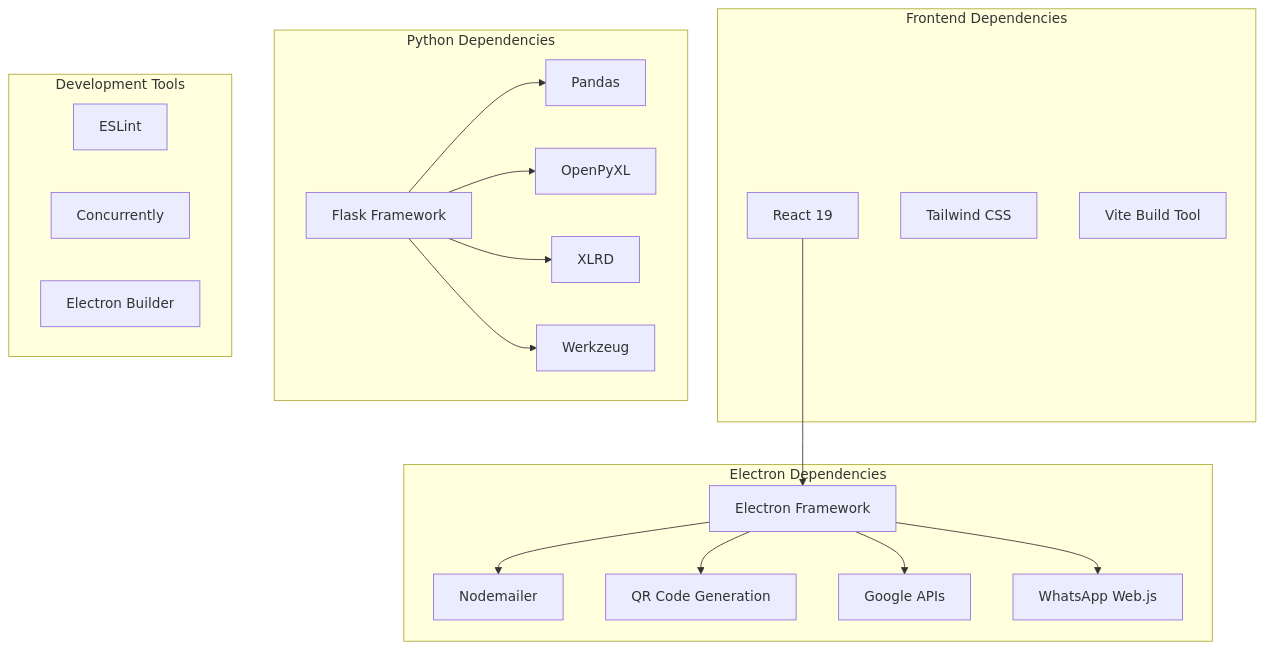
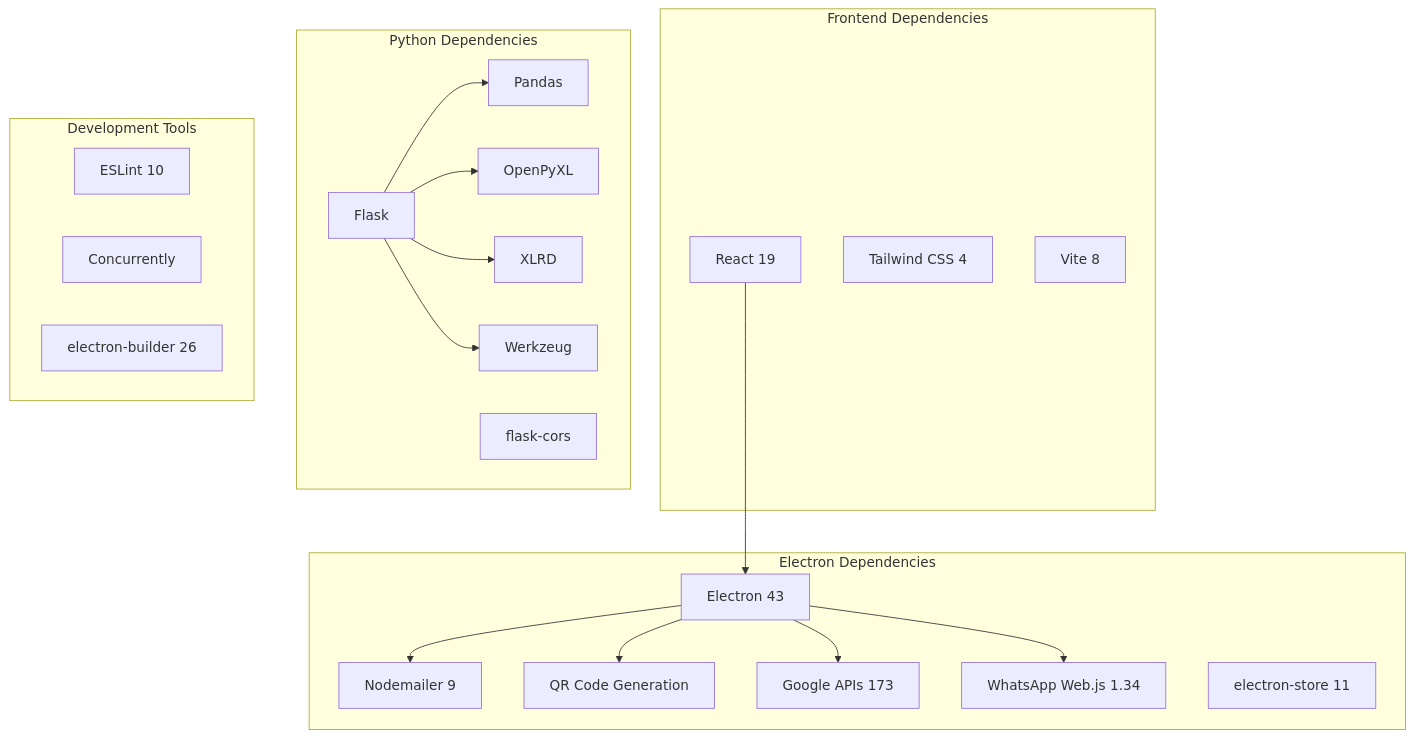
One commit to tashifkhan/tashif.codes changed the seventh of 7 diagrams in src/data/docs/bulk-messaging-system/Project Overview.md. Above: the diagram before and after it, drawn with Mermaid. The commit also changed other lines of this file and 2128 other files, not shown here.

First line of the commit message:
docs: replace raster diagram images with native Mermaid across project guides

````diff
--- a/src/data/docs/bulk-messaging-system/Project Overview.md
+++ b/src/data/docs/bulk-messaging-system/Project Overview.md
@@ -229,36 +236,38 @@
 ```mermaid
 graph TB
 subgraph "Frontend Dependencies"
 React[React 19]
-TailwindCSS[Tailwind CSS]
-Vite[Vite Build Tool]
+TailwindCSS[Tailwind CSS 4]
+Vite[Vite 8]
 end
 subgraph "Electron Dependencies"
-Electron[Electron Framework]
-Nodemailer[Nodemailer]
+Electron[Electron 43]
+Nodemailer[Nodemailer 9]
 QRCode[QR Code Generation]
-GoogleAPIs[Google APIs]
-WWebJS[WhatsApp Web.js]
+GoogleAPIs[Google APIs 173]
+WWebJS[WhatsApp Web.js 1.34]
+Store[electron-store 11]
 end
 subgraph "Python Dependencies"
-Flask[Flask Framework]
+Flask[Flask]
+FlaskCors[flask-cors]
 Pandas[Pandas]
 OpenPyXL[OpenPyXL]
 XLRD[XLRD]
 Werkzeug[Werkzeug]
 end
 subgraph "Development Tools"
-ESLint[ESLint]
+ESLint[ESLint 10]
 Concurrently[Concurrently]
-Builder[Electron Builder]
+Builder[electron-builder 26]
 end
 React --> Electron
 Electron --> Nodemailer
 Electron --> QRCode
 Electron --> GoogleAPIs
 Electron --> WWebJS
 Flask --> Pandas
 Flask --> OpenPyXL
 Flask --> XLRD
 Flask --> Werkzeug
 ```
````
